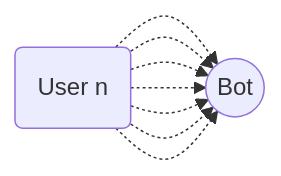
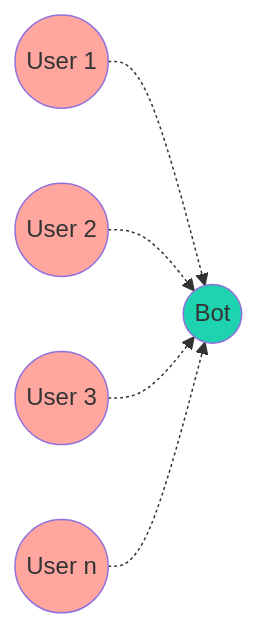
The diagram in src/pages/en/showcases/queue-limit.mdx (codigoencasa/documentation), drawn with Mermaid before and after one commit. The commit also changed 51 other files, not shown here.

````diff
--- a/src/pages/en/showcases/queue-limit.mdx
+++ b/src/pages/en/showcases/queue-limit.mdx
@@ -22,10 +22,12 @@
 ```mermaid
 flowchart LR
-    n(User n) -.-> B((Bot))
-    n(User n) -.-> B((Bot))
-    n(User n) -.-> B((Bot))
-    n(User n) -.-> B((Bot))
-    n(User n) -.-> B((Bot))
-    n(User n) -.-> B((Bot))
-    n(User n) -.-> B((Bot))
+    u1((User 1)) -.-> B((Bot))
+    u2((User 2)) -.-> B
+    u3((User 3)) -.-> B
+    un((User n)) -.-> B
+    style u1 fill:#ffa69e
+    style u2 fill:#ffa69e
+    style u3 fill:#ffa69e
+    style un fill:#ffa69e
+    style B fill:#1dd3b0
 ```
````
